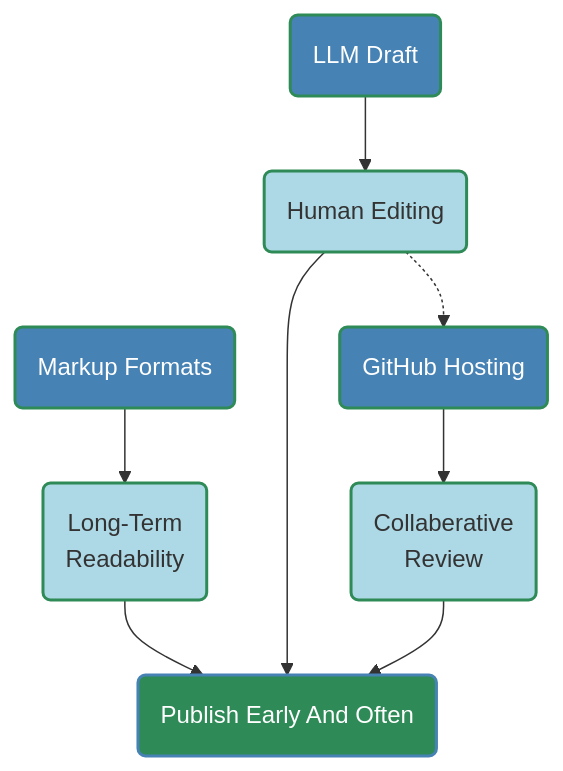
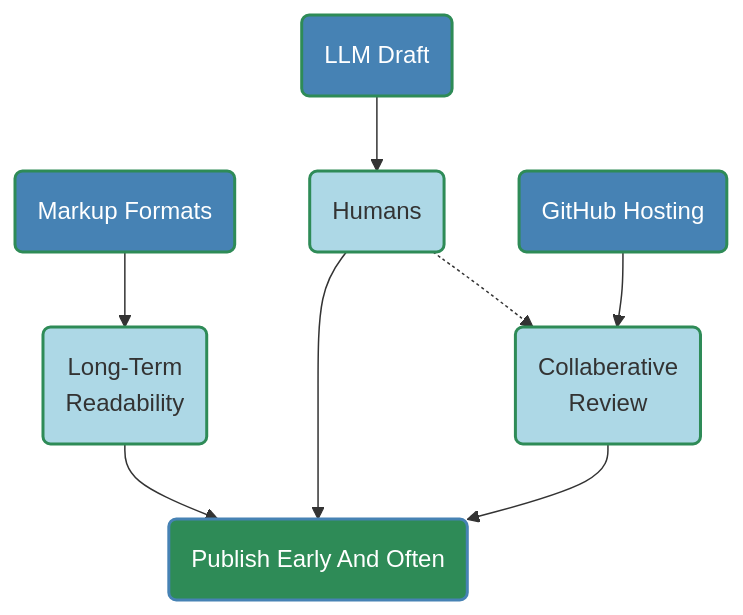
One commit to buckeye43210/markdown-to-snowkb changed the sixth of 12 diagrams in README.md. Above: the diagram before and after it, drawn with Mermaid.

````diff
--- a/README.md
+++ b/README.md
@@ -354,25 +354,25 @@
 ```mermaid
 graph TD
     A(Markup Formats)
     B(Long-Term<br> Readability)
     C(LLM Draft)
-    D(Human Editing)
+    D(Humans)
     E(GitHub Hosting)
     F(Collaberative<br> Review)
     G(Publish Early And Often)
     A  --> B
     C  --> D
     E  --> F
     B  --> G
     D  --> G
     F  --> G
-    D -.-> E
+    D -.-> F
 
     style A fill:#4682B4,stroke:#2E8B57,stroke-width:2px,color:#FFFFFF
     style B fill:#ADD8E6,stroke:#2E8B57,stroke-width:2px
     style C fill:#4682B4,stroke:#2E8B57,stroke-width:2px,color:#FFFFFF
     style D fill:#ADD8E6,stroke:#2E8B57,stroke-width:2px
     style E fill:#4682B4,stroke:#2E8B57,stroke-width:2px,color:#FFFFFF
     style F fill:#ADD8E6,stroke:#2E8B57,stroke-width:2px
     style G fill:#2E8B57,stroke:#4682B4,stroke-width:2px,color:#FFFFFF
 ```
````
